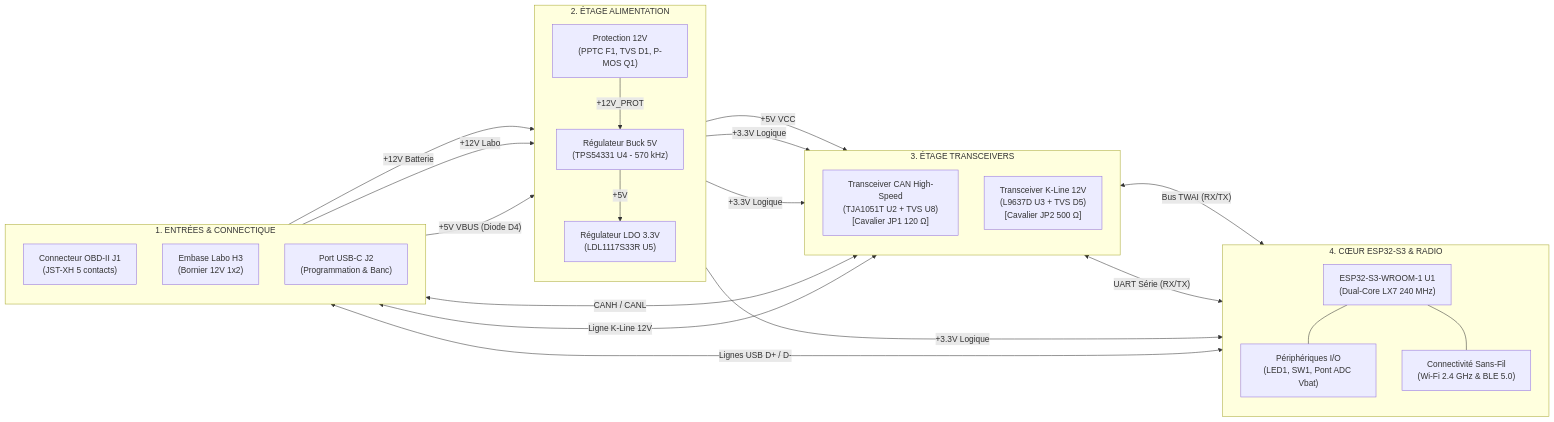
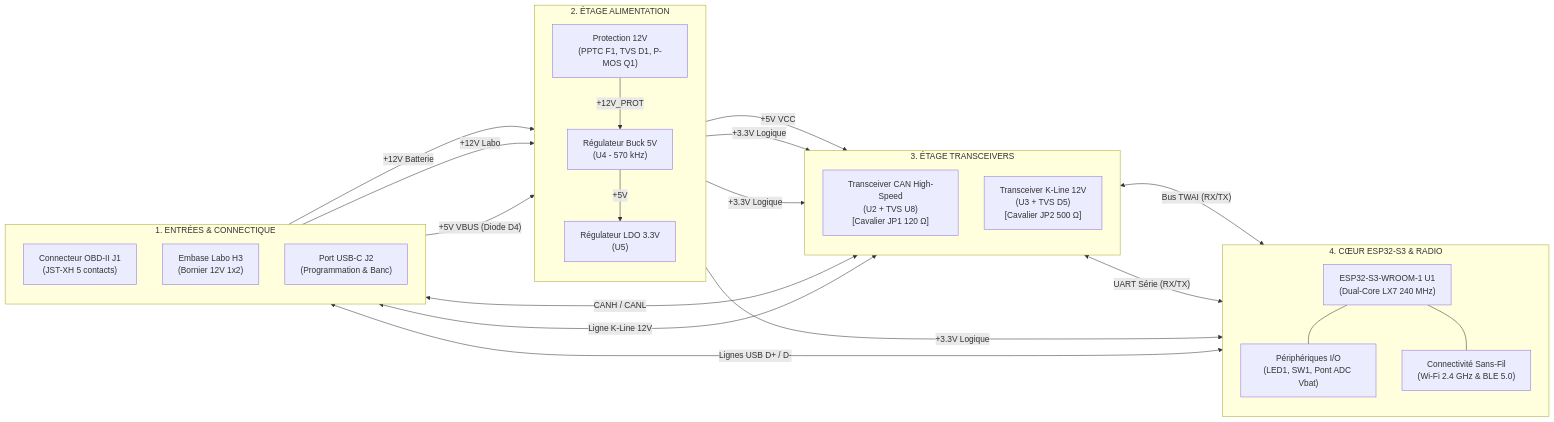
Before and after one commit to nitrogene/OBD2: the diagram in readme.md, drawn with Mermaid. The commit also changed other lines of this file and 6 other files, not shown here.

````diff
--- a/readme.md
+++ b/readme.md
@@ -170,49 +170,49 @@
 ```mermaid
 flowchart LR
     subgraph IN["1. ENTRÉES & CONNECTIQUE"]
         direction TB
         J1["Connecteur OBD-II J1\n(JST-XH 5 contacts)"]
         H3["Embase Labo H3\n(Bornier 12V 1x2)"]
         J2["Port USB-C J2\n(Programmation & Banc)"]
     end
 
     subgraph PWR["2. ÉTAGE ALIMENTATION"]
         direction TB
         PROT["Protection 12V\n(PPTC F1, TVS D1, P-MOS Q1)"]
-        BUCK["Régulateur Buck 5V\n(TPS54331 U4 - 570 kHz)"]
-        LDO["Régulateur LDO 3.3V\n(LDL1117S33R U5)"]
+        BUCK["Régulateur Buck 5V\n(U4 - 570 kHz)"]
+        LDO["Régulateur LDO 3.3V\n(U5)"]
         PROT -->|"+12V_PROT"| BUCK
         BUCK -->|"+5V"| LDO
     end
 
     subgraph PHY["3. ÉTAGE TRANSCEIVERS"]
         direction TB
-        CAN["Transceiver CAN High-Speed\n(TJA1051T U2 + TVS U8)\n[Cavalier JP1 120 Ω]"]
-        KLINE["Transceiver K-Line 12V\n(L9637D U3 + TVS D5)\n[Cavalier JP2 500 Ω]"]
+        CAN["Transceiver CAN High-Speed\n(U2 + TVS U8)\n[Cavalier JP1 120 Ω]"]
+        KLINE["Transceiver K-Line 12V\n(U3 + TVS D5)\n[Cavalier JP2 500 Ω]"]
     end
 
     subgraph MCU["4. CŒUR ESP32-S3 & RADIO"]
         direction TB
         ESP["ESP32-S3-WROOM-1 U1\n(Dual-Core LX7 240 MHz)"]
         PERIPH["Périphériques I/O\n(LED1, SW1, Pont ADC Vbat)"]
         RF["Connectivité Sans-Fil\n(Wi-Fi 2.4 GHz & BLE 5.0)"]
         ESP --- PERIPH
         ESP --- RF
     end
 
     J1 -->|"+12V Batterie"| PROT
     H3 -->|"+12V Labo"| PROT
     J2 -->|"+5V VBUS (Diode D4)"| BUCK
 
     BUCK -->|"+5V VCC"| CAN
     LDO -->|"+3.3V Logique"| CAN
     LDO -->|"+3.3V Logique"| KLINE
     LDO -->|"+3.3V Logique"| ESP
 
     J1 <-->|"CANH / CANL"| CAN
     J1 <-->|"Ligne K-Line 12V"| KLINE
 
     CAN <-->|"Bus TWAI (RX/TX)"| ESP
     KLINE <-->|"UART Série (RX/TX)"| ESP
     J2 <-->|"Lignes USB D+ / D-"| ESP
 ```
````
